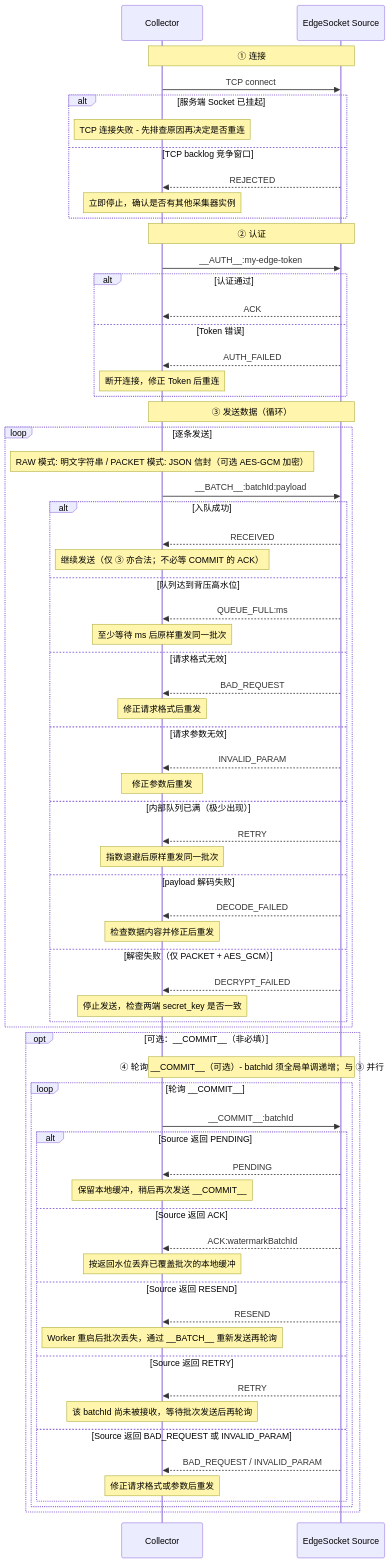
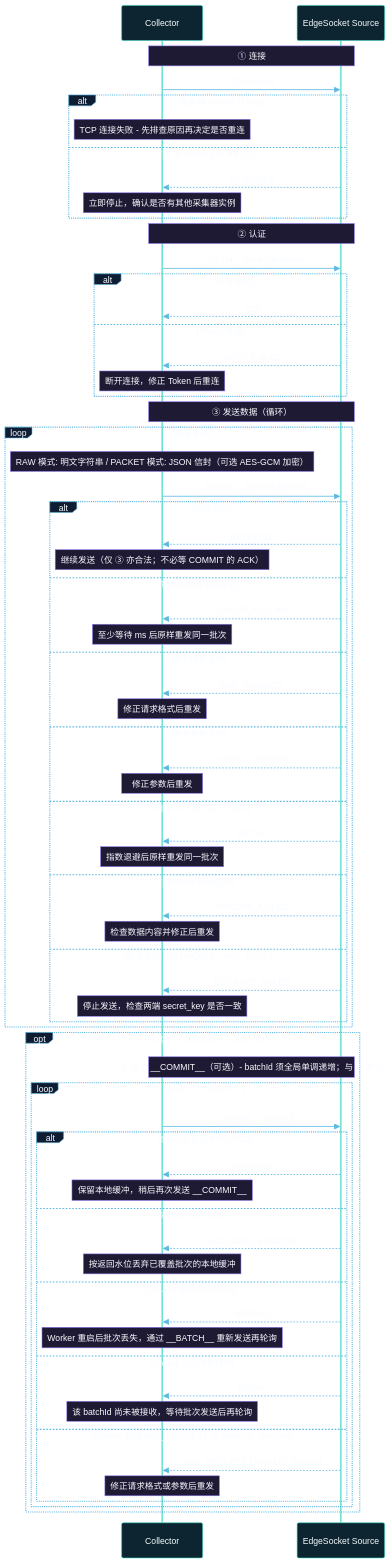
The diagram in docs/zh/connectors/source/EdgeSocket.md (apache/seatunnel), drawn with Mermaid before and after one commit. The commit also changed 1 other file, not shown here.

Commit message:
[Fix][Doc] Fix the mermaid image style in the document

````diff
--- a/docs/zh/connectors/source/EdgeSocket.md
+++ b/docs/zh/connectors/source/EdgeSocket.md
@@ -359,74 +359,75 @@
 ```mermaid
+%%{init: {"theme": "base", "themeVariables": {"background": "#0f1d33", "primaryColor": "#0c2530", "primaryBorderColor": "#2dd4bf", "primaryTextColor": "#f8fbff", "actorBkg": "#0c2530", "actorBorder": "#2dd4bf", "actorTextColor": "#f8fbff", "activationBkgColor": "#1f1a34", "activationBorderColor": "#8d7cf6", "noteBkgColor": "#1f1a34", "noteBorderColor": "#8d7cf6", "noteTextColor": "#f8fbff", "signalColor": "#5db8e2", "signalTextColor": "#f8fbff", "labelBoxBkgColor": "#0f1d33", "labelBoxBorderColor": "#5db8e2", "labelTextColor": "#f8fbff", "loopTextColor": "#f8fbff"}}}%%
 sequenceDiagram
     participant C as Collector
     participant S as EdgeSocket Source
 
     Note over C,S: ① 连接
     C->>S: TCP connect
     alt 服务端 Socket 已挂起
         Note over C: TCP 连接失败 - 先排查原因再决定是否重连
     else TCP backlog 竞争窗口
         S-->>C: REJECTED
         Note over C: 立即停止，确认是否有其他采集器实例
     end
 
     Note over C,S: ② 认证
     C->>S: __AUTH__:my-edge-token
     alt 认证通过
         S-->>C: ACK
     else Token 错误
         S-->>C: AUTH_FAILED
         Note over C: 断开连接，修正 Token 后重连
     end
 
     Note over C,S: ③ 发送数据（循环）
     loop 逐条发送
         Note over C: RAW 模式: 明文字符串 / PACKET 模式: JSON 信封（可选 AES-GCM 加密）
         C->>S: __BATCH__:batchId:payload
         alt 入队成功
             S-->>C: RECEIVED
             Note over C: 继续发送（仅 ③ 亦合法；不必等 COMMIT 的 ACK）
         else 队列达到背压高水位
             S-->>C: QUEUE_FULL:ms
             Note over C: 至少等待 ms 后原样重发同一批次
         else 请求格式无效
             S-->>C: BAD_REQUEST
             Note over C: 修正请求格式后重发
         else 请求参数无效
             S-->>C: INVALID_PARAM
             Note over C: 修正参数后重发
         else 内部队列已满（极少出现）
             S-->>C: RETRY
             Note over C: 指数退避后原样重发同一批次
         else payload 解码失败
             S-->>C: DECODE_FAILED
             Note over C: 检查数据内容并修正后重发
         else 解密失败（仅 PACKET + AES_GCM）
             S-->>C: DECRYPT_FAILED
             Note over C: 停止发送，检查两端 secret_key 是否一致
         end
     end
 
     opt 可选：__COMMIT__（非必填）
         Note over C,S: ④ 轮询 __COMMIT__（可选）- batchId 须全局单调递增；与 ③ 并行
         loop 轮询 __COMMIT__
             C->>S: __COMMIT__:batchId
             alt Source 返回 PENDING
                 S-->>C: PENDING
                 Note over C: 保留本地缓冲，稍后再次发送 __COMMIT__
             else Source 返回 ACK
                 S-->>C: ACK:watermarkBatchId
                 Note over C: 按返回水位丢弃已覆盖批次的本地缓冲
             else Source 返回 RESEND
                 S-->>C: RESEND
                 Note over C: Worker 重启后批次丢失，通过 __BATCH__ 重新发送再轮询
             else Source 返回 RETRY
                 S-->>C: RETRY
                 Note over C: 该 batchId 尚未被接收，等待批次发送后再轮询
             else Source 返回 BAD_REQUEST 或 INVALID_PARAM
                 S-->>C: BAD_REQUEST / INVALID_PARAM
                 Note over C: 修正请求格式或参数后重发
             end
         end
     end
 ```
````
